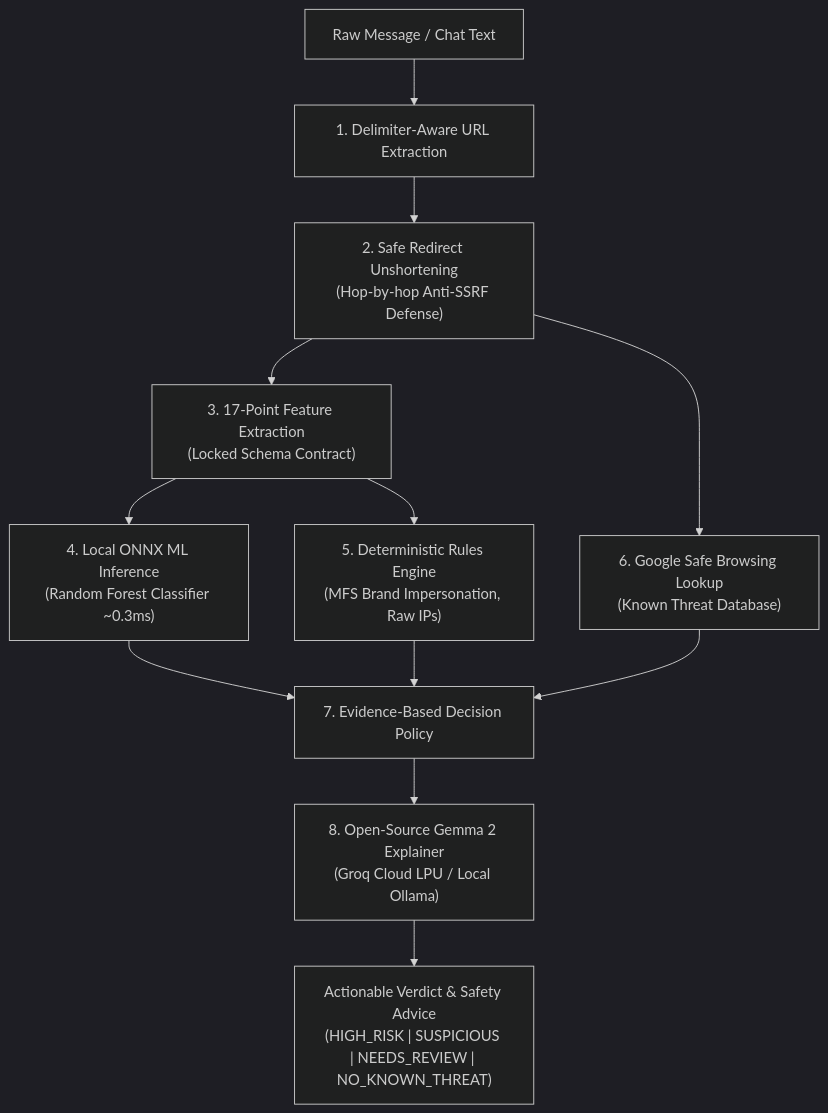
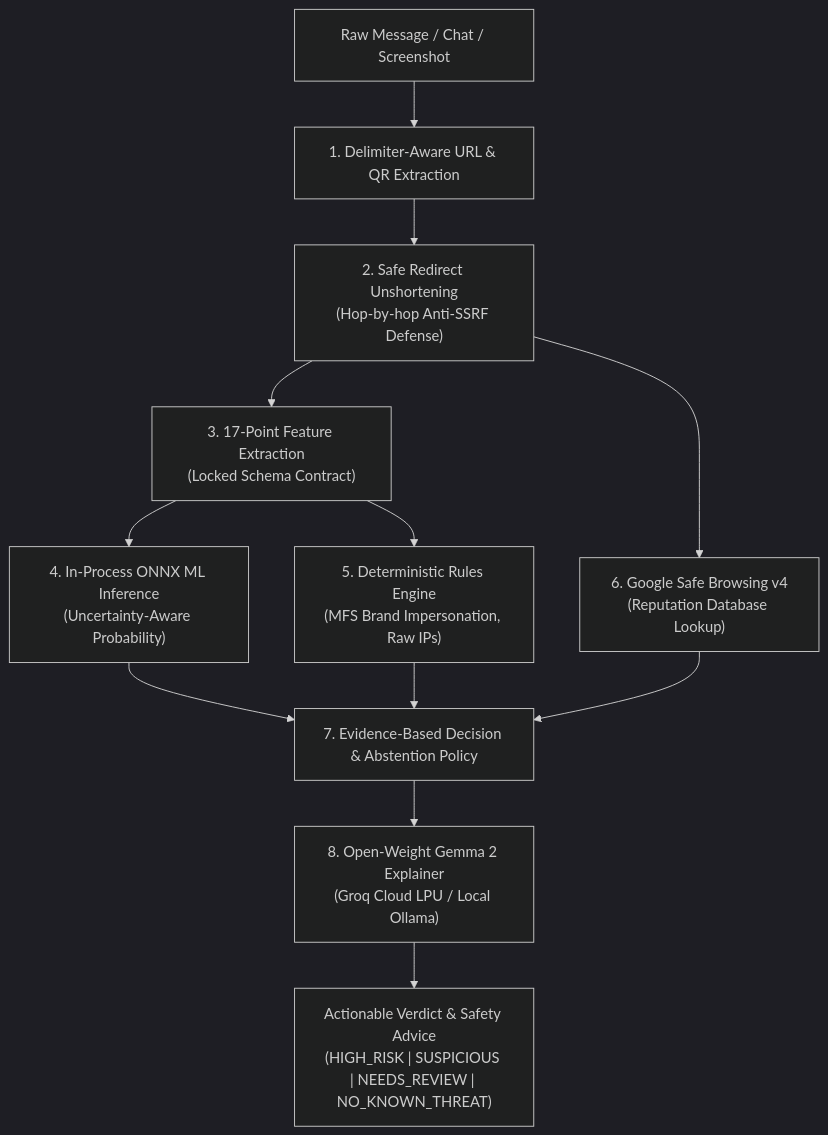
Before and after one commit to Pranto210102/friend-shield: the diagram in README.md, drawn with Mermaid (dark theme). The commit also changed other lines of this file and 9 other files, not shown here.

Commit message:
feat(security & core): enforce judge-proof reputation contract, uncertainty-aware abstention, and cross-runtime golden feature parity

````diff
--- a/README.md
+++ b/README.md
@@ -32,14 +35,14 @@
 ```mermaid
 flowchart TD
-    A["Raw Message / Chat Text"] --> B["1. Delimiter-Aware URL Extraction"]
+    A["Raw Message / Chat / Screenshot"] --> B["1. Delimiter-Aware URL & QR Extraction"]
     B --> C["2. Safe Redirect Unshortening\n(Hop-by-hop Anti-SSRF Defense)"]
     C --> D["3. 17-Point Feature Extraction\n(Locked Schema Contract)"]
-    D --> E["4. Local ONNX ML Inference\n(Random Forest Classifier ~0.3ms)"]
+    D --> E["4. In-Process ONNX ML Inference\n(Uncertainty-Aware Probability)"]
     D --> F["5. Deterministic Rules Engine\n(MFS Brand Impersonation, Raw IPs)"]
-    C --> G["6. Google Safe Browsing Lookup\n(Known Threat Database)"]
-    E --> H["7. Evidence-Based Decision Policy"]
+    C --> G["6. Google Safe Browsing v4\n(Reputation Database Lookup)"]
+    E --> H["7. Evidence-Based Decision & Abstention Policy"]
     F --> H
     G --> H
-    H --> I["8. Open-Source Gemma 2 Explainer\n(Groq Cloud LPU / Local Ollama)"]
+    H --> I["8. Open-Weight Gemma 2 Explainer\n(Groq Cloud LPU / Local Ollama)"]
     I --> J["Actionable Verdict & Safety Advice\n(HIGH_RISK | SUSPICIOUS | NEEDS_REVIEW | NO_KNOWN_THREAT)"]
 ```
````
